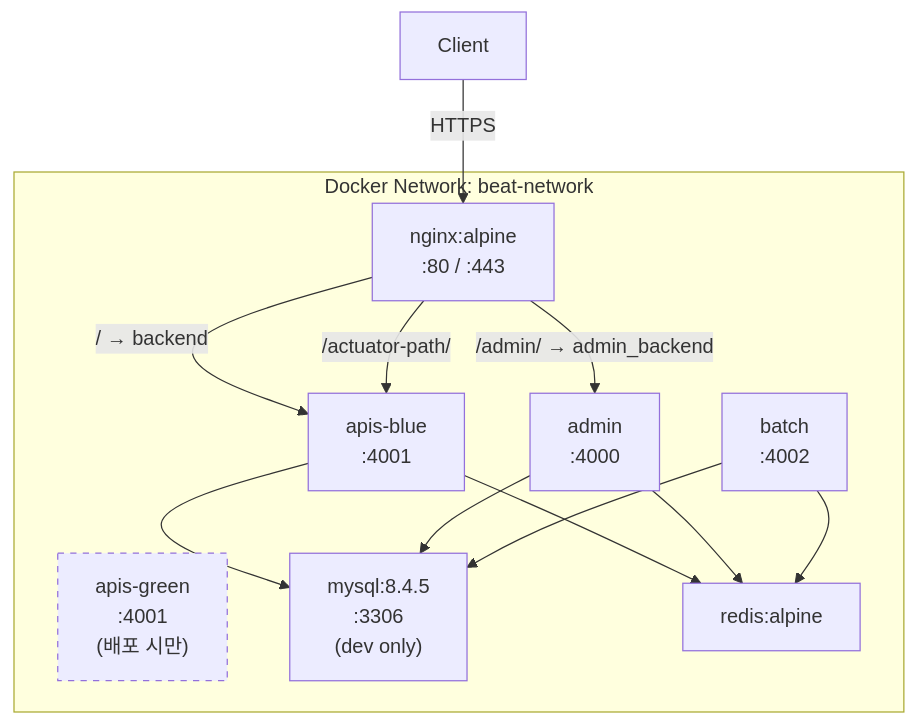
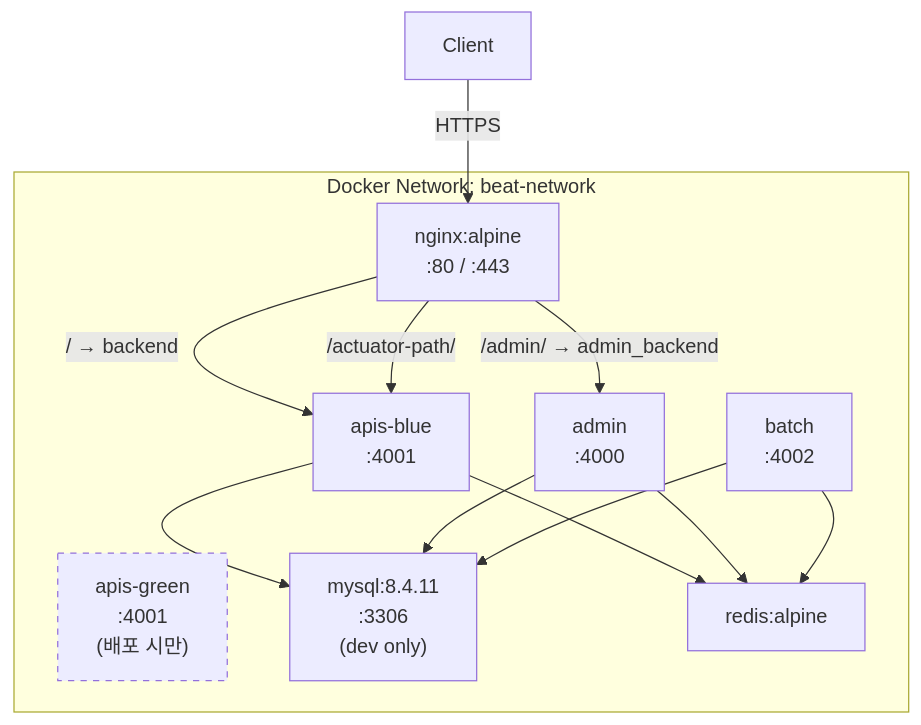
One commit to TEAM-BEAT/BEAT-SERVER changed diagram 12 of 14 in infrastructure/README.md. Above: the diagram before and after it, drawn with Mermaid. The commit also changed 79 other files, not shown here.

````diff
--- a/infrastructure/README.md
+++ b/infrastructure/README.md
@@ -1152,25 +1152,25 @@
 ```mermaid
 flowchart TB
     subgraph Network["Docker Network: beat-network"]
         Nginx["nginx:alpine<br/>:80 / :443"]
         ApisBlue["apis-blue<br/>:4001"]
         ApisGreen["apis-green<br/>:4001<br/>(배포 시만)"]
         Admin["admin<br/>:4000"]
         Batch["batch<br/>:4002"]
-        MySQL["mysql:8.4.5<br/>:3306<br/>(dev only)"]
+        MySQL["mysql:8.4.11<br/>:3306<br/>(dev only)"]
         Redis["redis:alpine"]
     end
 
     Client["Client"] -->|"HTTPS"| Nginx
     Nginx -->|"/ → backend"| ApisBlue
     Nginx -->|"/admin/ → admin_backend"| Admin
     Nginx -->|"/actuator-path/"| ApisBlue
     ApisBlue --> MySQL
     ApisBlue --> Redis
     Admin --> MySQL
     Admin --> Redis
     Batch --> MySQL
     Batch --> Redis
 
     style ApisGreen stroke-dasharray: 5 5
 ```
````
